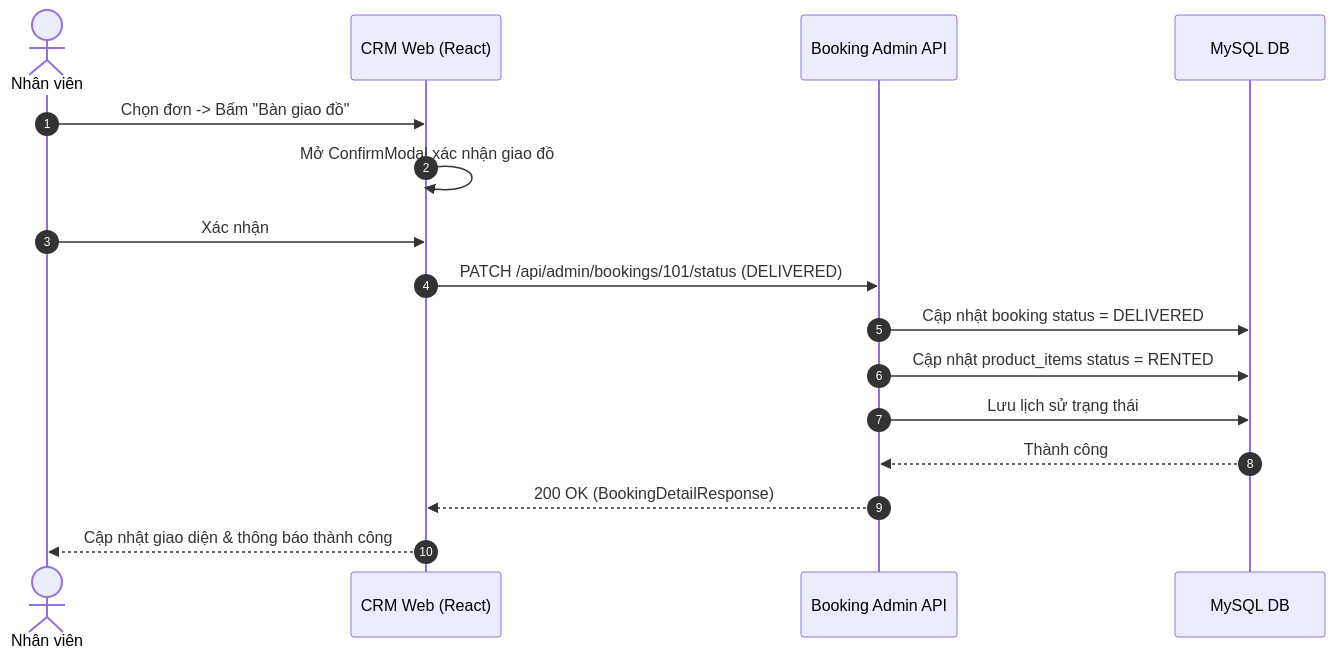
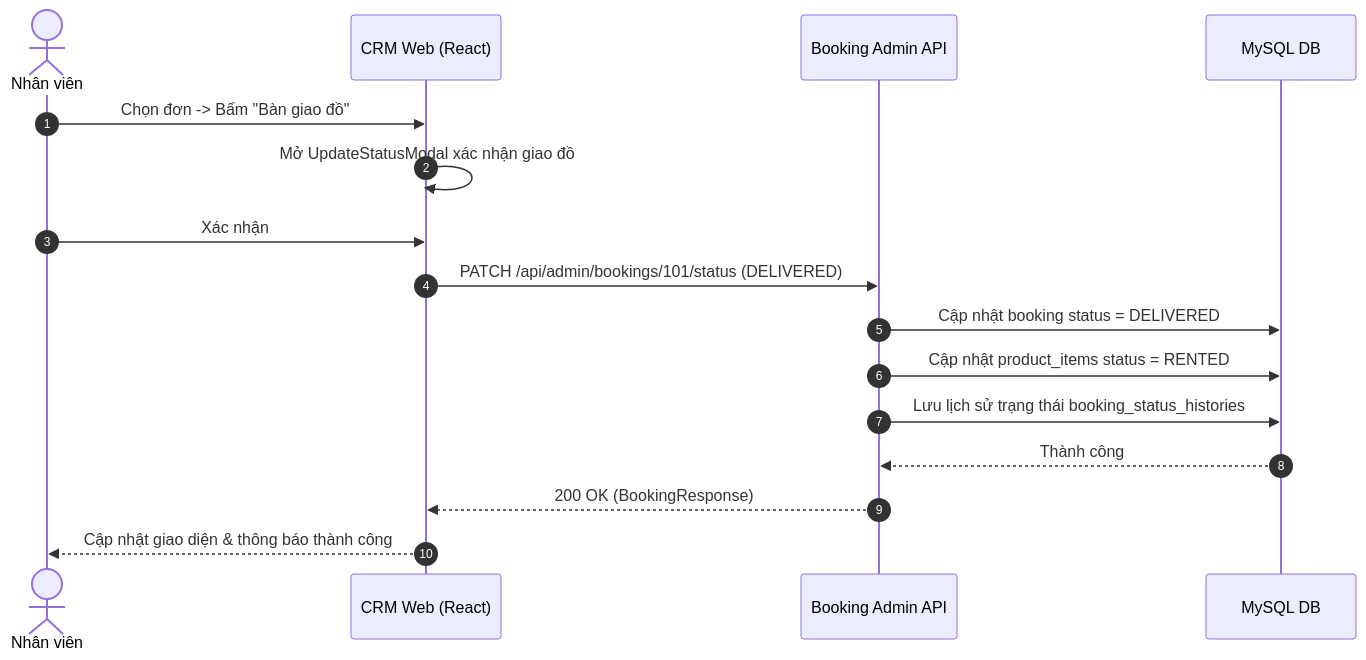
Before and after one commit to Exorcist11/chickie-studio: the diagram in docs/features/booking/BOK-004-quan-ly-don-thue-crm.md, drawn with Mermaid. The commit also changed other lines of this file and 24 other files, not shown here.

First line of the commit message:
feat(crm): triển khai giao diện quản lý đơn thuê và xử lý trạng thái (BOK-004)

````diff
--- a/docs/features/booking/BOK-004-quan-ly-don-thue-crm.md
+++ b/docs/features/booking/BOK-004-quan-ly-don-thue-crm.md
@@ -34,19 +34,19 @@
 ```mermaid
 sequenceDiagram
     autonumber
     actor Staff as Nhân viên
     participant CRM as CRM Web (React)
     participant API as Booking Admin API
     participant DB as MySQL DB
 
     Staff->>CRM: Chọn đơn -> Bấm "Bàn giao đồ"
-    CRM->>CRM: Mở ConfirmModal xác nhận giao đồ
+    CRM->>CRM: Mở UpdateStatusModal xác nhận giao đồ
     Staff->>CRM: Xác nhận
     CRM->>API: PATCH /api/admin/bookings/101/status (DELIVERED)
     API->>DB: Cập nhật booking status = DELIVERED
     API->>DB: Cập nhật product_items status = RENTED
-    API->>DB: Lưu lịch sử trạng thái
+    API->>DB: Lưu lịch sử trạng thái booking_status_histories
     DB-->>API: Thành công
-    API-->>CRM: 200 OK (BookingDetailResponse)
+    API-->>CRM: 200 OK (BookingResponse)
     CRM-->>Staff: Cập nhật giao diện & thông báo thành công
 ```
````
